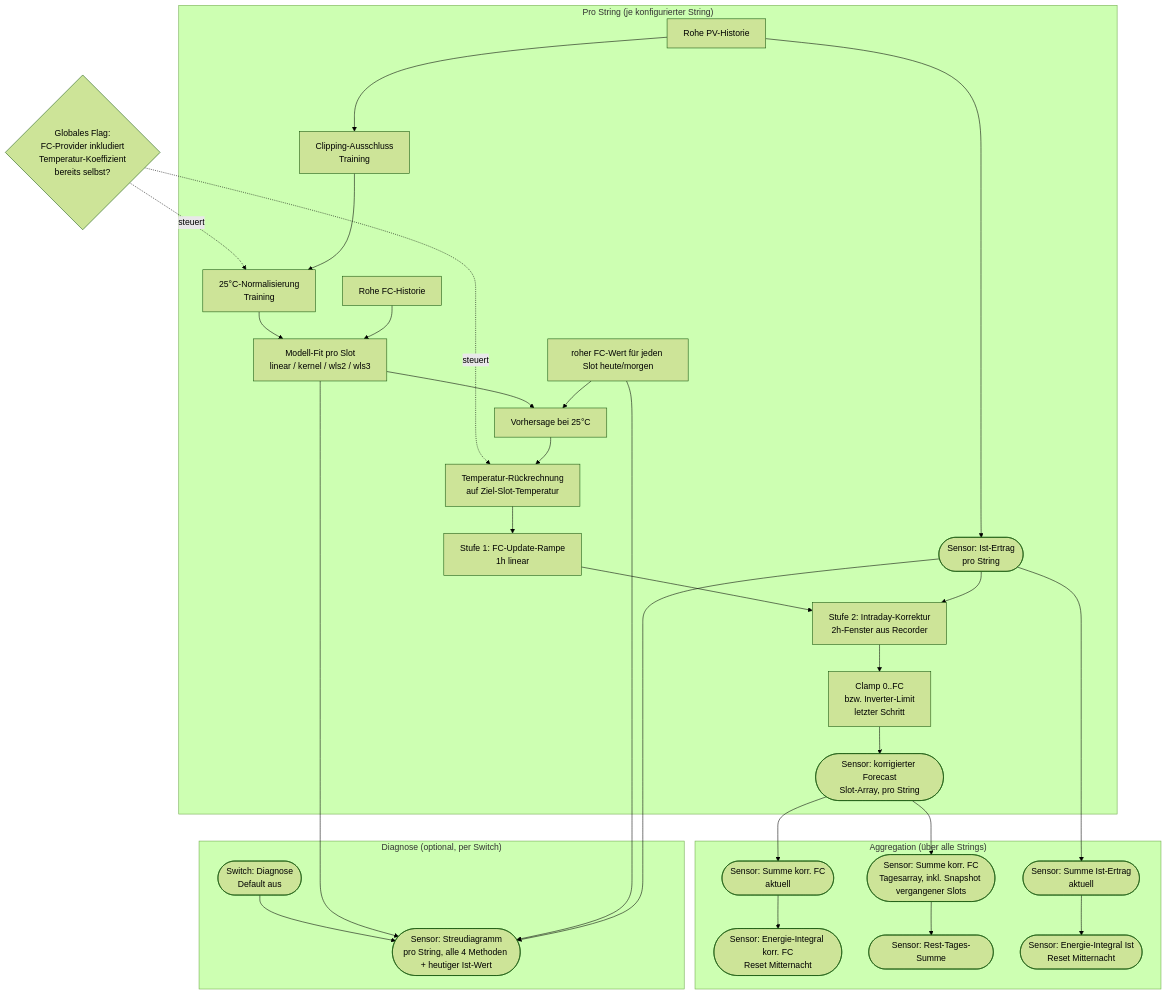
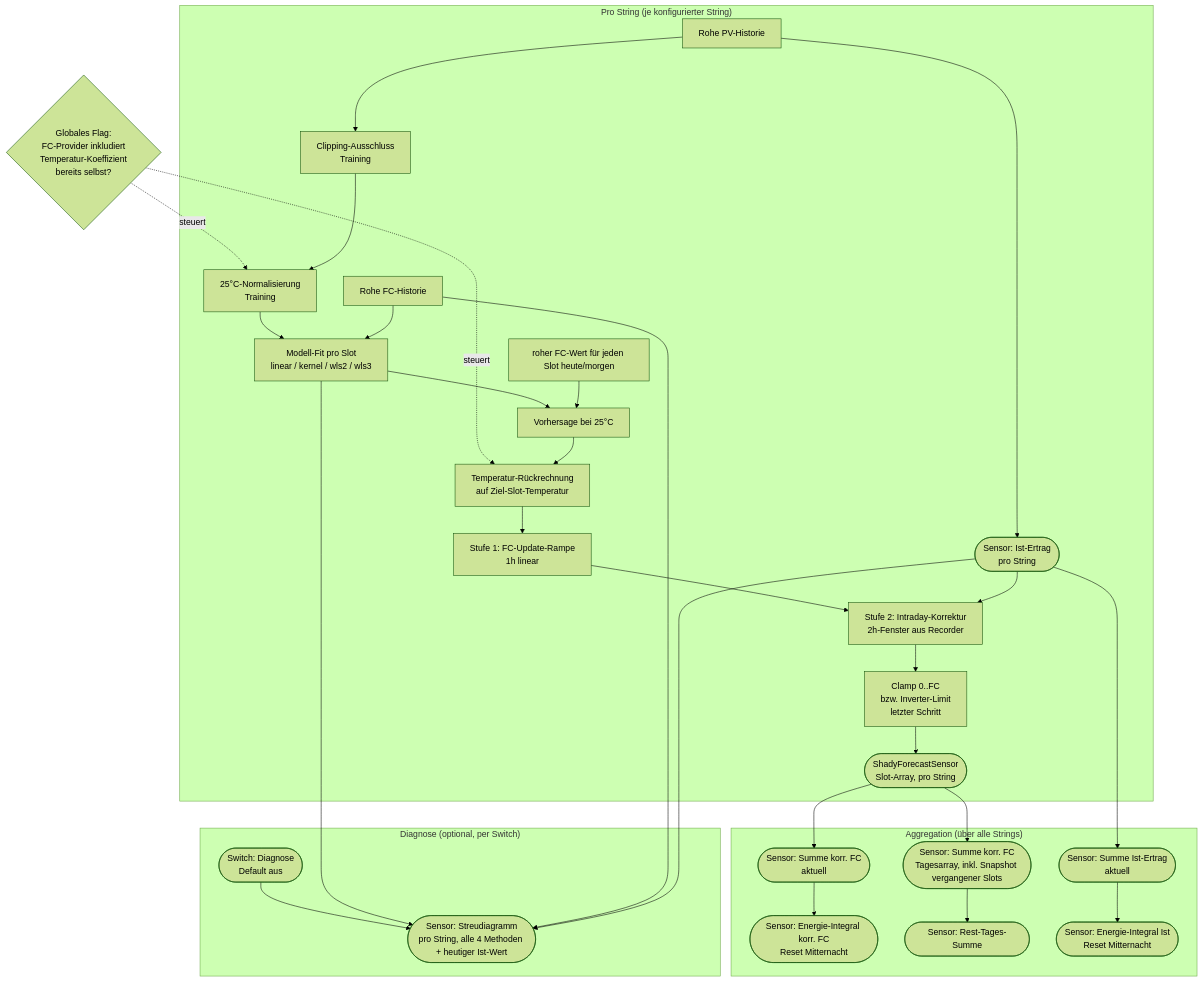
One commit to eschnepel/shady changed the diagram in docs/architecture.mmd. Above: the diagram before and after it, drawn with Mermaid (forest theme). The commit also changed 9 other files, not shown here.

```diff
--- a/docs/architecture.mmd
+++ b/docs/architecture.mmd
@@ -1,59 +1,59 @@
 flowchart TB
   TEMPFLAG{Globales Flag:<br/>FC-Provider inkludiert<br/>Temperatur-Koeffizient<br/>bereits selbst?}
 
   subgraph String["Pro String (je konfigurierter String)"]
     TEMPBACK[Temperatur-Rückrechnung<br/>auf Ziel-Slot-Temperatur]
     RAMP[Stufe 1: FC-Update-Rampe<br/>1h linear]
     INTRA[Stufe 2: Intraday-Korrektur<br/>2h-Fenster aus Recorder]
     CLAMP[Clamp 0..FC<br/>bzw. Inverter-Limit<br/>letzter Schritt]
     PVSensor([Sensor: Ist-Ertrag<br/>pro String])
     CLIP[Clipping-Ausschluss<br/>Training]
     FCLive[roher FC-Wert für jeden Slot heute/morgen]
     PV[Rohe PV-Historie]
     FIT[Modell-Fit pro Slot<br/>linear / kernel / wls2 / wls3]
     TEMP[25°C-Normalisierung<br/>Training]
     PRED[Vorhersage bei 25°C]
     FC[Rohe FC-Historie]
-    FCSensor([Sensor: korrigierter Forecast<br/>Slot-Array, pro String])
+    FCSensor([ShadyForecastSensor<br/>Slot-Array, pro String])
 
   end
 
   subgraph Agg["Aggregation (über alle Strings)"]
     SUMFC([Sensor: Summe korr. FC<br/>aktuell])
     DAYSUM([Sensor: Summe korr. FC<br/>Tagesarray, inkl. Snapshot vergangener Slots])
     SUMPV([Sensor: Summe Ist-Ertrag<br/>aktuell])
     INTFC([Sensor: Energie-Integral korr. FC<br/>Reset Mitternacht])
     REST([Sensor: Rest-Tages-Summe])
     INTPV([Sensor: Energie-Integral Ist<br/>Reset Mitternacht])
 
   end
 
   subgraph Diag["Diagnose (optional, per Switch)"]
     SWITCH([Switch: Diagnose<br/>Default aus])
     SCATTER([Sensor: Streudiagramm<br/>pro String, alle 4 Methoden + heutiger Ist-Wert])
   end
 
   TEMPFLAG -. steuert .-> TEMPBACK
     PV --> CLIP
     PV --> PVSensor
   TEMPFLAG -. steuert .-> TEMP
     CLIP --> TEMP
     TEMP --> FIT
     SWITCH --> SCATTER
   FIT --> SCATTER
     FC --> FIT
     FIT --> PRED
     FCLive --> PRED
     PRED --> TEMPBACK --> RAMP --> INTRA
     PVSensor --> INTRA
     INTRA --> CLAMP --> FCSensor
 
     RAMP ~~~~~~ SWITCH
   FCSensor --> DAYSUM
     DAYSUM --> REST
     SUMPV --> INTPV
     SUMFC --> INTFC
   FCSensor --> SUMFC
   PVSensor --> SUMPV
-  FCLive --> SCATTER
+  FC --> SCATTER
   PVSensor --> SCATTER
```
